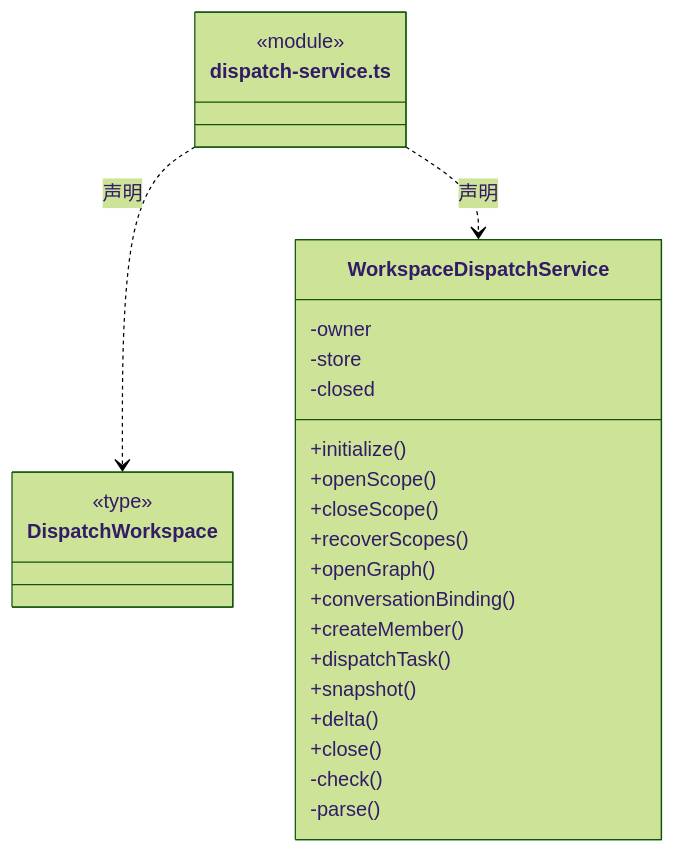
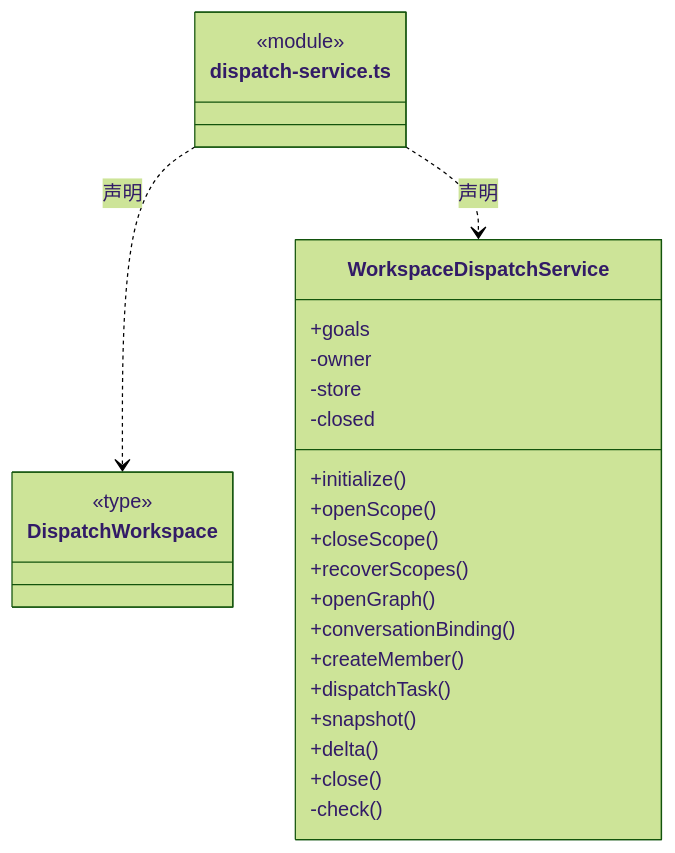
The fourth of 28 diagrams in src/backend/scheduler-engine/execution/ARCHITECTURE.md (nan023062/cbim), drawn with Mermaid (forest theme) before and after one commit. The commit also changed other lines of this file and 36 other files, not shown here.

````diff
--- a/src/backend/scheduler-engine/execution/ARCHITECTURE.md
+++ b/src/backend/scheduler-engine/execution/ARCHITECTURE.md
@@ -131,30 +135,30 @@
 ```mermaid
 classDiagram
 class N_src_backend_scheduler_engine_execution_dispatch_service_ts["dispatch-service.ts"] {
   <<module>>
 }
 class N_src_backend_scheduler_engine_execution_dispatch_service_ts_DispatchWorkspace["DispatchWorkspace"] {
   <<type>>
 
 }
 N_src_backend_scheduler_engine_execution_dispatch_service_ts ..> N_src_backend_scheduler_engine_execution_dispatch_service_ts_DispatchWorkspace : 声明
 class N_src_backend_scheduler_engine_execution_dispatch_service_ts_WorkspaceDispatchService["WorkspaceDispatchService"] {
+  +goals
   +initialize()
   +openScope()
   +closeScope()
   +recoverScopes()
   +openGraph()
   +conversationBinding()
   +createMember()
   +dispatchTask()
   +snapshot()
   +delta()
   +close()
   -owner
   -store
   -closed
   -check()
-  -parse()
 }
 N_src_backend_scheduler_engine_execution_dispatch_service_ts ..> N_src_backend_scheduler_engine_execution_dispatch_service_ts_WorkspaceDispatchService : 声明
 ```
````
